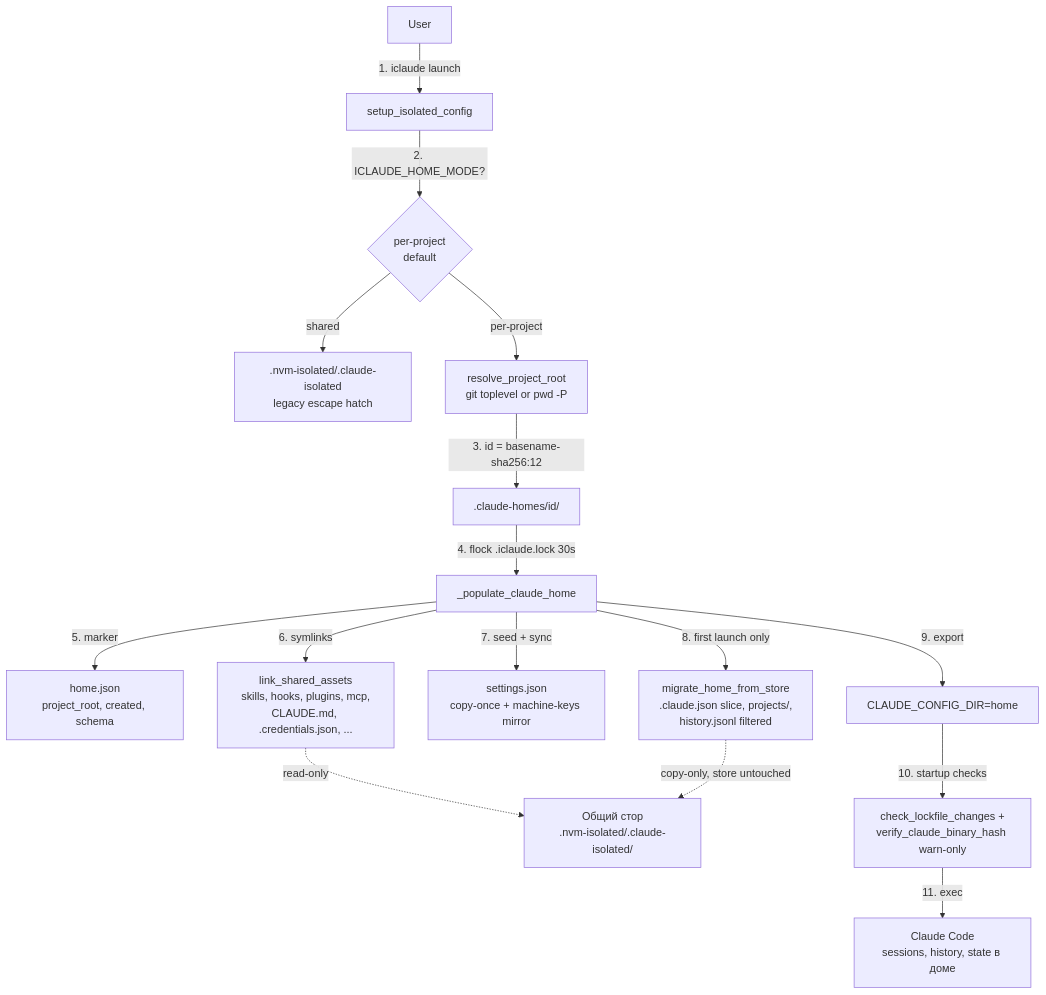
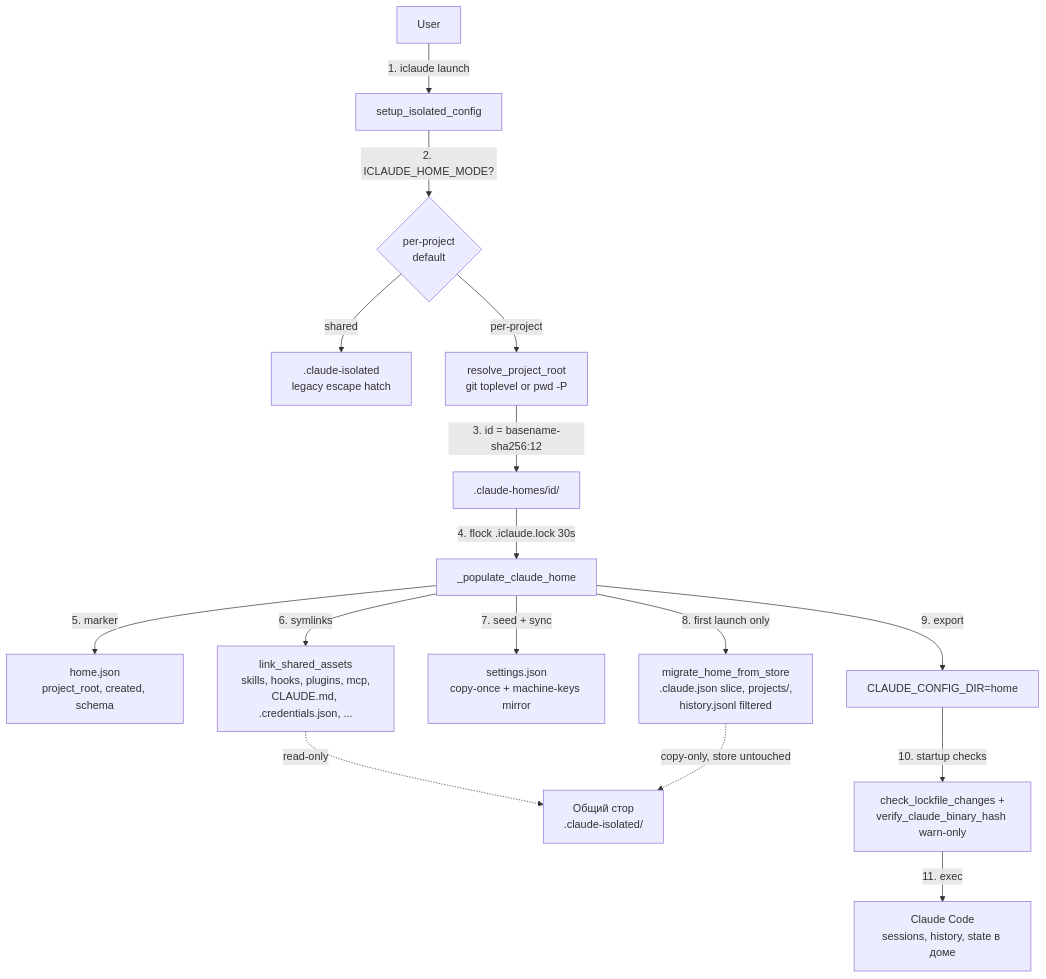
The diagram in docs/architecture/diagrams/data-flow-per-project-home.md (ikeniborn/iclaude), drawn with Mermaid before and after one commit. The commit also changed 17 other files, not shown here.

````diff
--- a/docs/architecture/diagrams/data-flow-per-project-home.md
+++ b/docs/architecture/diagrams/data-flow-per-project-home.md
@@ -19,22 +19,22 @@
 ```mermaid
 graph TD
     %% Per-Project Home Flow (S1-S8)
     USER[User] -->|1. iclaude launch| CFG[setup_isolated_config]
     CFG -->|2. ICLAUDE_HOME_MODE?| MODE{per-project<br/>default}
-    MODE -->|shared| SHARED[.nvm-isolated/.claude-isolated<br/>legacy escape hatch]
+    MODE -->|shared| SHARED[.claude-isolated<br/>legacy escape hatch]
     MODE -->|per-project| RESOLVE[resolve_project_root<br/>git toplevel or pwd -P]
 
     RESOLVE -->|3. id = basename-sha256:12| HOME[.claude-homes/id/]
     HOME -->|4. flock .iclaude.lock 30s| POP[_populate_claude_home]
 
     POP -->|5. marker| MARKER[home.json<br/>project_root, created, schema]
     POP -->|6. symlinks| LINKS[link_shared_assets<br/>skills, hooks, plugins, mcp,<br/>CLAUDE.md, .credentials.json, ...]
-    LINKS -.->|read-only| STORE[Общий стор<br/>.nvm-isolated/.claude-isolated/]
+    LINKS -.->|read-only| STORE[Общий стор<br/>.claude-isolated/]
     POP -->|7. seed + sync| SETTINGS[settings.json<br/>copy-once + machine-keys mirror]
     POP -->|8. first launch only| MIGRATE[migrate_home_from_store<br/>.claude.json slice, projects/,<br/>history.jsonl filtered]
     MIGRATE -.->|copy-only, store untouched| STORE
 
     POP -->|9. export| ENV[CLAUDE_CONFIG_DIR=home]
     ENV -->|10. startup checks| VERIFY[check_lockfile_changes +<br/>verify_claude_binary_hash warn-only]
     VERIFY -->|11. exec| CLAUDE[Claude Code<br/>sessions, history, state в доме]
 ```
````
